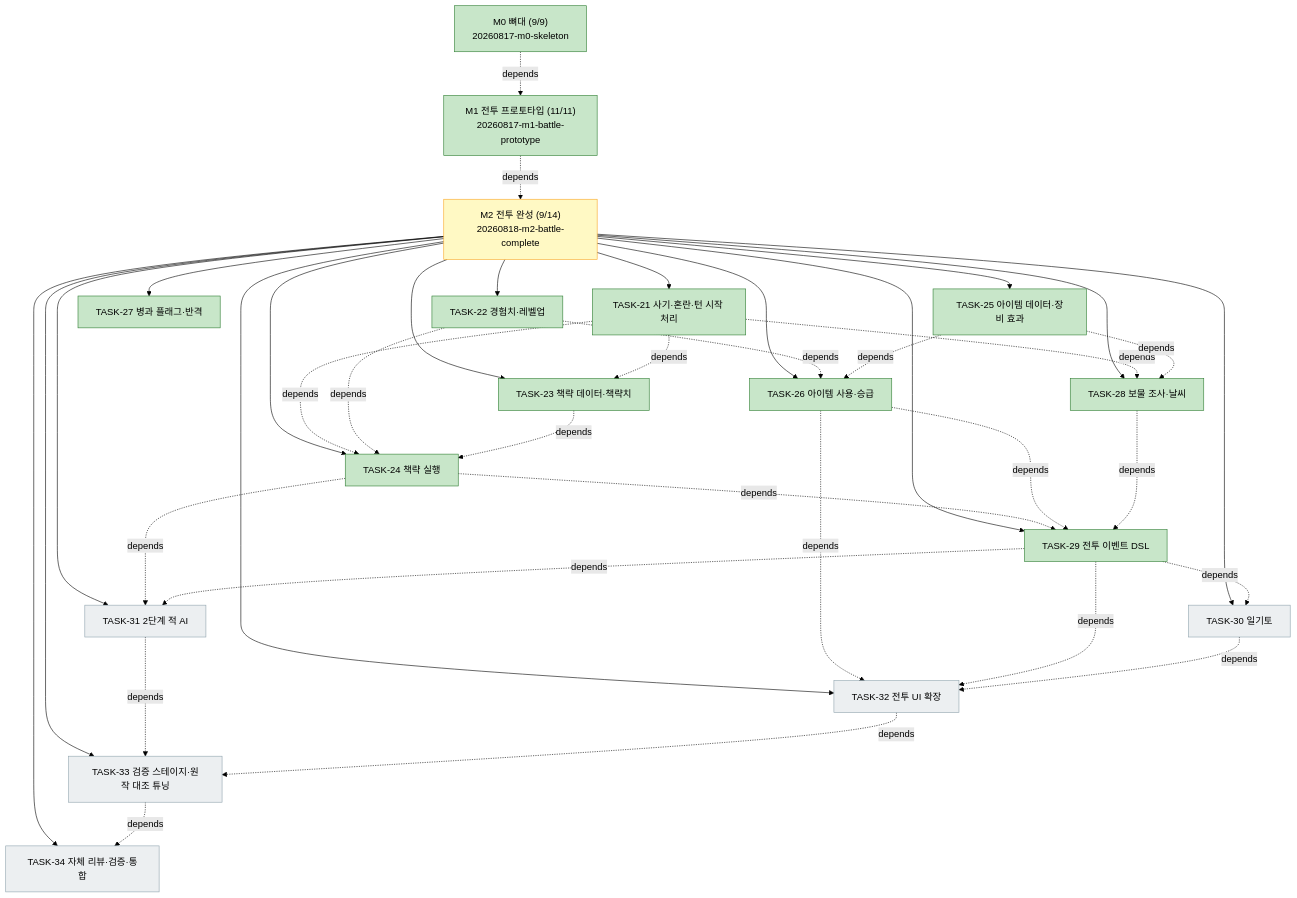
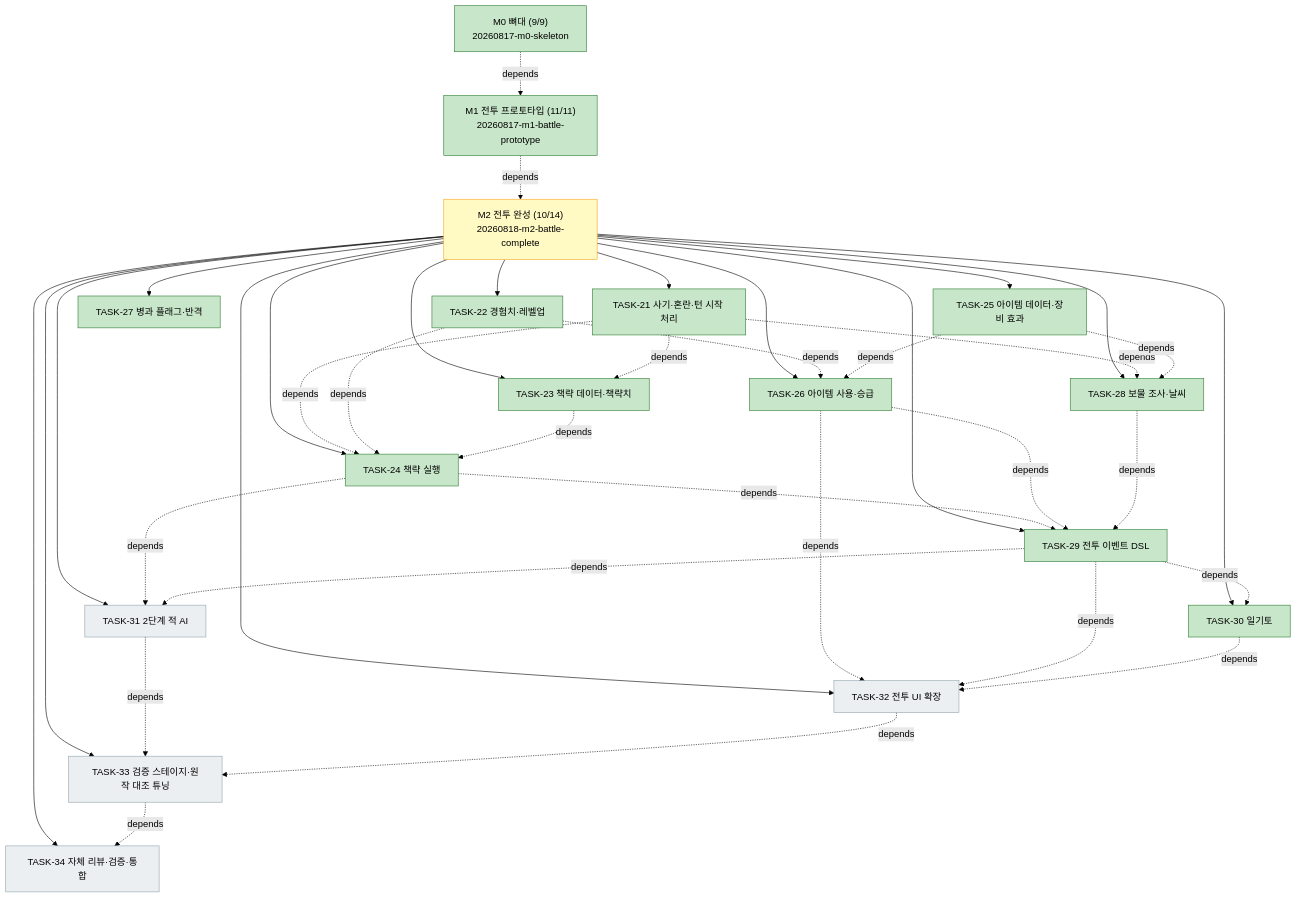
Before and after one commit to bluesky5008/HERO: the diagram in docs/plan.md, drawn with Mermaid (forest theme). The commit also changed other lines of this file and 8 other files, not shown here.

First line of the commit message:
feat(m2): TASK-30 — 일기토

````diff
--- a/docs/plan.md
+++ b/docs/plan.md
@@ -77,46 +77,46 @@
 ```mermaid
 flowchart TD
     M0["M0 뼈대 (9/9)<br/>20260817-m0-skeleton"]:::done
     M1["M1 전투 프로토타입 (11/11)<br/>20260817-m1-battle-prototype"]:::done
-    M2["M2 전투 완성 (9/14)<br/>20260818-m2-battle-complete"]:::active
+    M2["M2 전투 완성 (10/14)<br/>20260818-m2-battle-complete"]:::active
     M0 -. depends .-> M1
     M1 -. depends .-> M2
     M2 --> T21["TASK-21 사기·혼란·턴 시작 처리"]:::done
     M2 --> T22["TASK-22 경험치·레벨업"]:::done
     M2 --> T23["TASK-23 책략 데이터·책략치"]:::done
     M2 --> T24["TASK-24 책략 실행"]:::done
     M2 --> T25["TASK-25 아이템 데이터·장비 효과"]:::done
     M2 --> T26["TASK-26 아이템 사용·승급"]:::done
     M2 --> T27["TASK-27 병과 플래그·반격"]:::done
     M2 --> T28["TASK-28 보물 조사·날씨"]:::done
     M2 --> T29["TASK-29 전투 이벤트 DSL"]:::done
-    M2 --> T30["TASK-30 일기토"]:::todo
+    M2 --> T30["TASK-30 일기토"]:::done
     M2 --> T31["TASK-31 2단계 적 AI"]:::todo
     M2 --> T32["TASK-32 전투 UI 확장"]:::todo
     M2 --> T33["TASK-33 검증 스테이지·원작 대조 튜닝"]:::todo
     M2 --> T34["TASK-34 자체 리뷰·검증·통합"]:::todo
     T21 -. depends .-> T23
     T21 -. depends .-> T24
     T22 -. depends .-> T24
     T23 -. depends .-> T24
     T22 -. depends .-> T26
     T25 -. depends .-> T26
     T21 -. depends .-> T28
     T25 -. depends .-> T28
     T24 -. depends .-> T29
     T26 -. depends .-> T29
     T28 -. depends .-> T29
     T29 -. depends .-> T30
     T24 -. depends .-> T31
     T29 -. depends .-> T31
     T26 -. depends .-> T32
     T29 -. depends .-> T32
     T30 -. depends .-> T32
     T31 -. depends .-> T33
     T32 -. depends .-> T33
     T33 -. depends .-> T34
     classDef done fill:#c8e6c9,stroke:#2e7d32
     classDef active fill:#fff9c4,stroke:#f9a825
     classDef todo fill:#eceff1,stroke:#90a4ae
     classDef gate fill:#ffcdd2,stroke:#c62828
 ```
````
